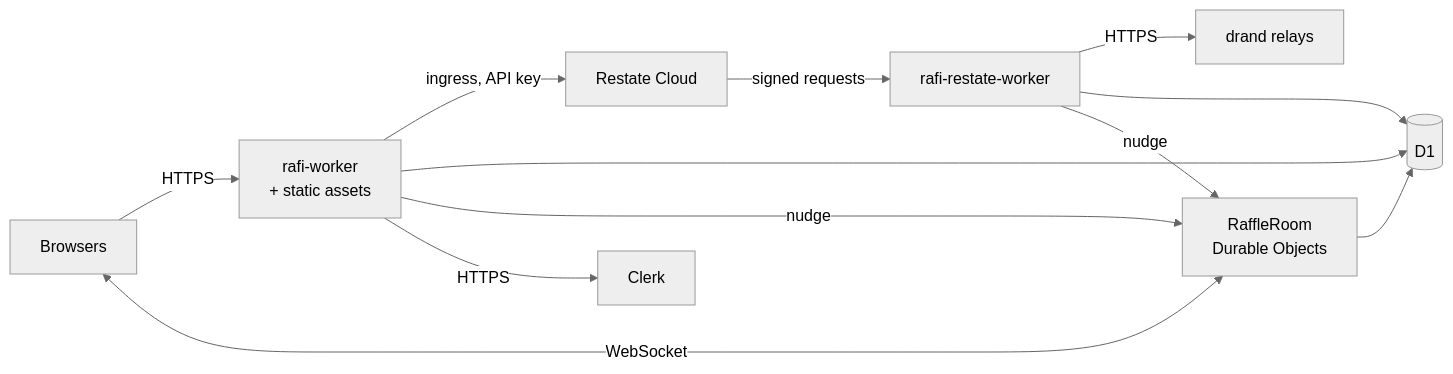
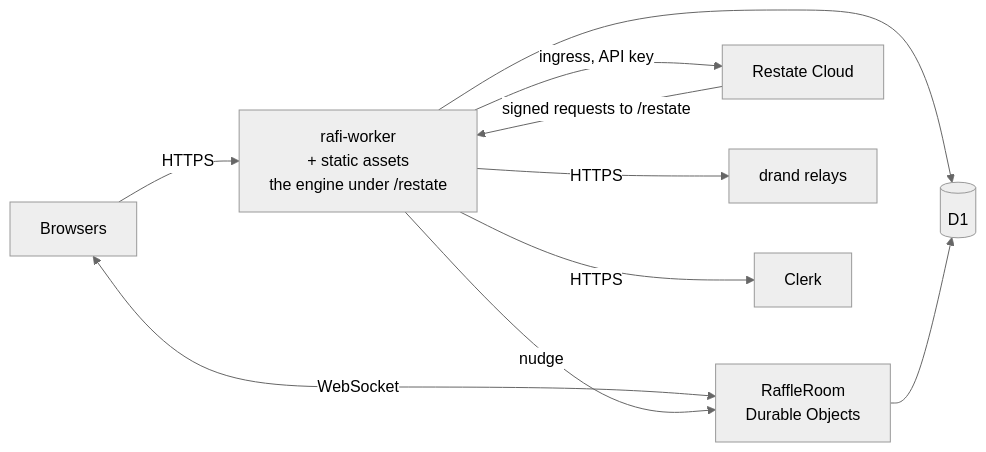
One commit to sagikazarmark/rafi.orig changed the second of 2 diagrams in docs/operations/overview.md. Above: the diagram before and after it, drawn with Mermaid (neutral theme). The commit also changed other lines of this file and 32 other files, not shown here.

````diff
--- a/docs/operations/overview.md
+++ b/docs/operations/overview.md
@@ -43,14 +43,12 @@
 ```mermaid
 flowchart LR
-    users[Browsers] -->|HTTPS| app[rafi-worker<br/>+ static assets]
+    users[Browsers] -->|HTTPS| app[rafi-worker<br/>+ static assets<br/>the engine under /restate]
     users <-->|WebSocket| room[RaffleRoom<br/>Durable Objects]
     app -->|ingress, API key| rc[Restate Cloud]
-    rc -->|signed requests| engine[rafi-restate-worker]
-    engine -->|HTTPS| drand[drand relays]
+    rc -->|signed requests to /restate| app
+    app -->|HTTPS| drand[drand relays]
     app --> d1[(D1)]
-    engine --> d1
     room --> d1
     app -->|nudge| room
-    engine -->|nudge| room
     app -->|HTTPS| clerk[Clerk]
 ```
````
